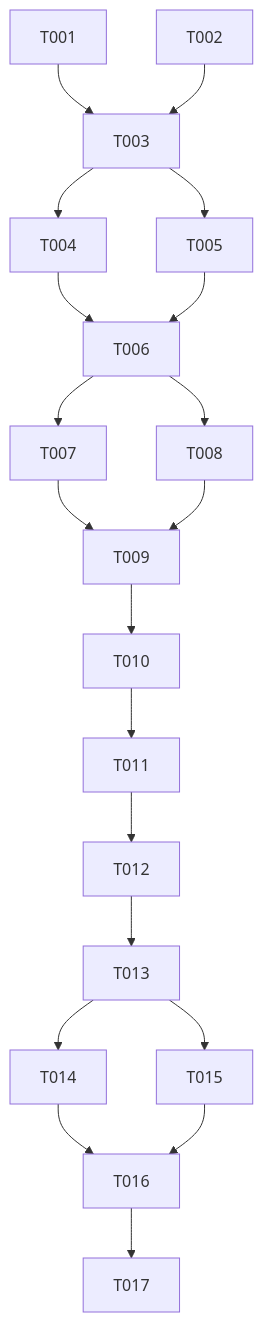
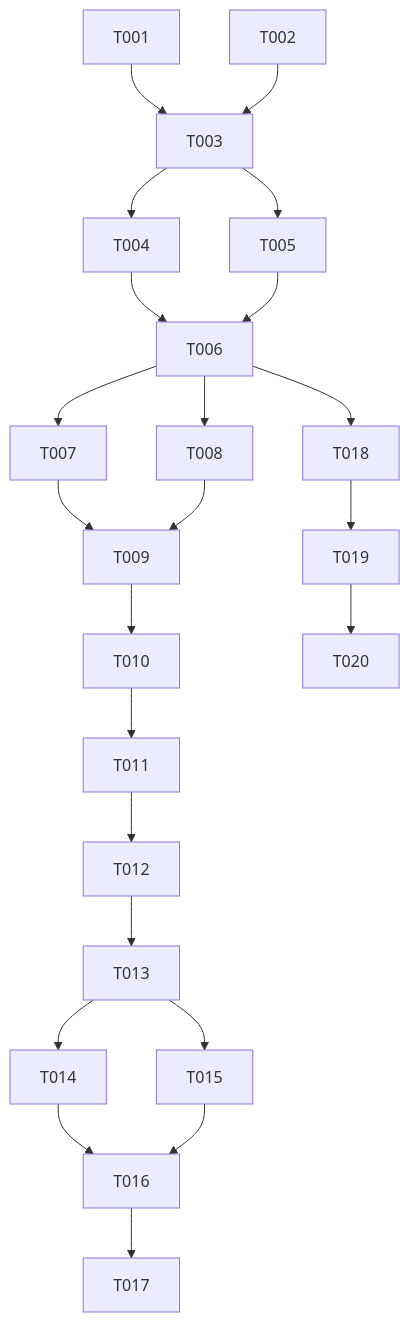
Before and after one commit to wquispe2203/TALLER-SISTEMAS: the diagram in .specify/memory/tasks.md, drawn with Mermaid. The commit also changed other lines of this file and 8 other files, not shown here.

````diff
--- a/.specify/memory/tasks.md
+++ b/.specify/memory/tasks.md
@@ -73,15 +84,18 @@
 ```mermaid
 graph TD
     T001 & T002 --> T003
     T003 --> T004 & T005
     T004 & T005 --> T006
     T006 --> T007 & T008
     T007 & T008 --> T009
     T009 --> T010
     T010 --> T011
     T011 --> T012
     T012 --> T013
     T013 --> T014 & T015
     T014 & T015 --> T016
     T016 --> T017
+    T006 --> T018
+    T018 --> T019
+    T019 --> T020
 ```
````
